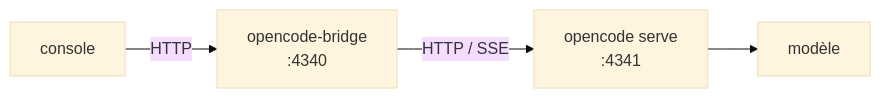
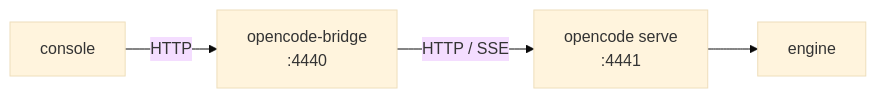
One commit to xavdp-pro/SHAPER-OS-V1.13 changed the diagram in software/packages/pkg-opencode-server/README.md. Above: the diagram before and after it, drawn with Mermaid (base theme). The commit also changed other lines of this file and 190 other files, not shown here.

````diff
--- a/software/packages/pkg-opencode-server/README.md
+++ b/software/packages/pkg-opencode-server/README.md
@@ -18,6 +21,6 @@
 ```mermaid
 flowchart LR
-    console["console"] -- HTTP --> bridge["opencode-bridge<br/>:4340"]
-    bridge -- "HTTP / SSE" --> serve["opencode serve<br/>:4341"]
-    serve --> model["modèle"]
+    console["console"] -- HTTP --> bridge["opencode-bridge<br/>:4440"]
+    bridge -- "HTTP / SSE" --> serve["opencode serve<br/>:4441"]
+    serve --> model["engine"]
 ```
````
